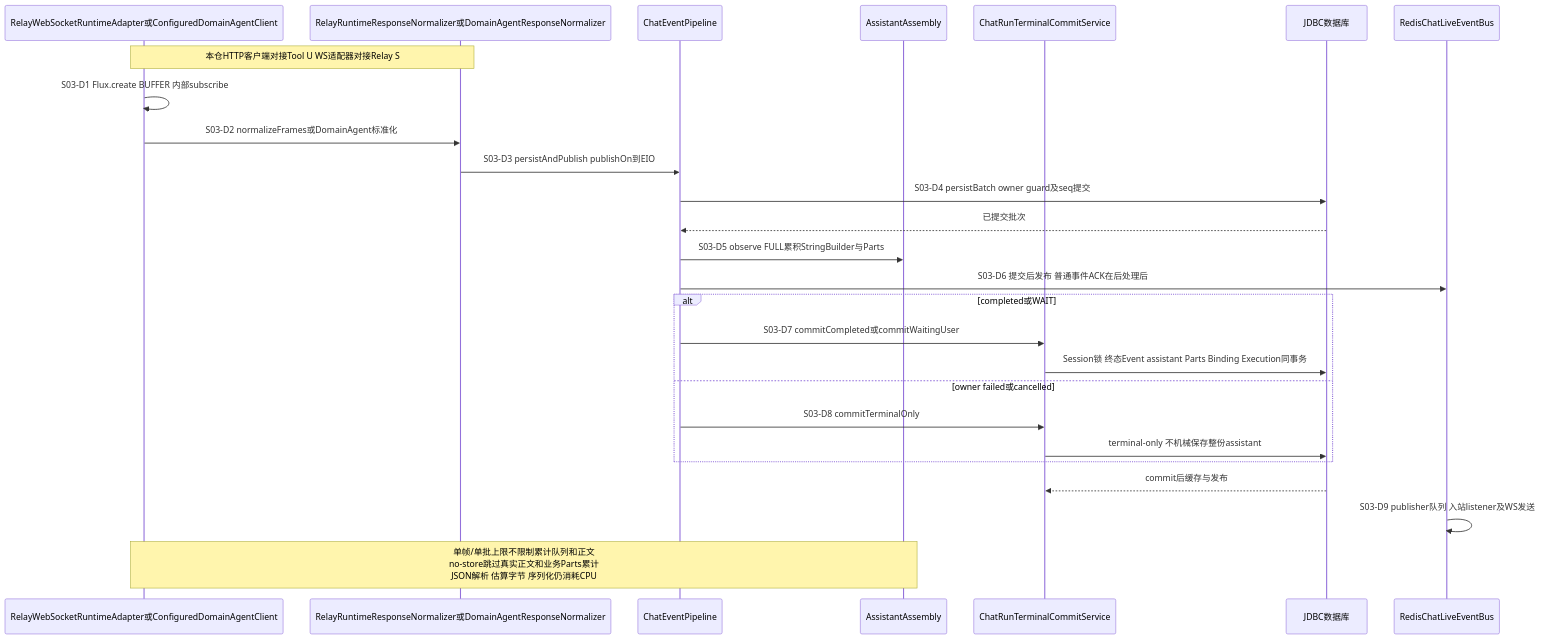
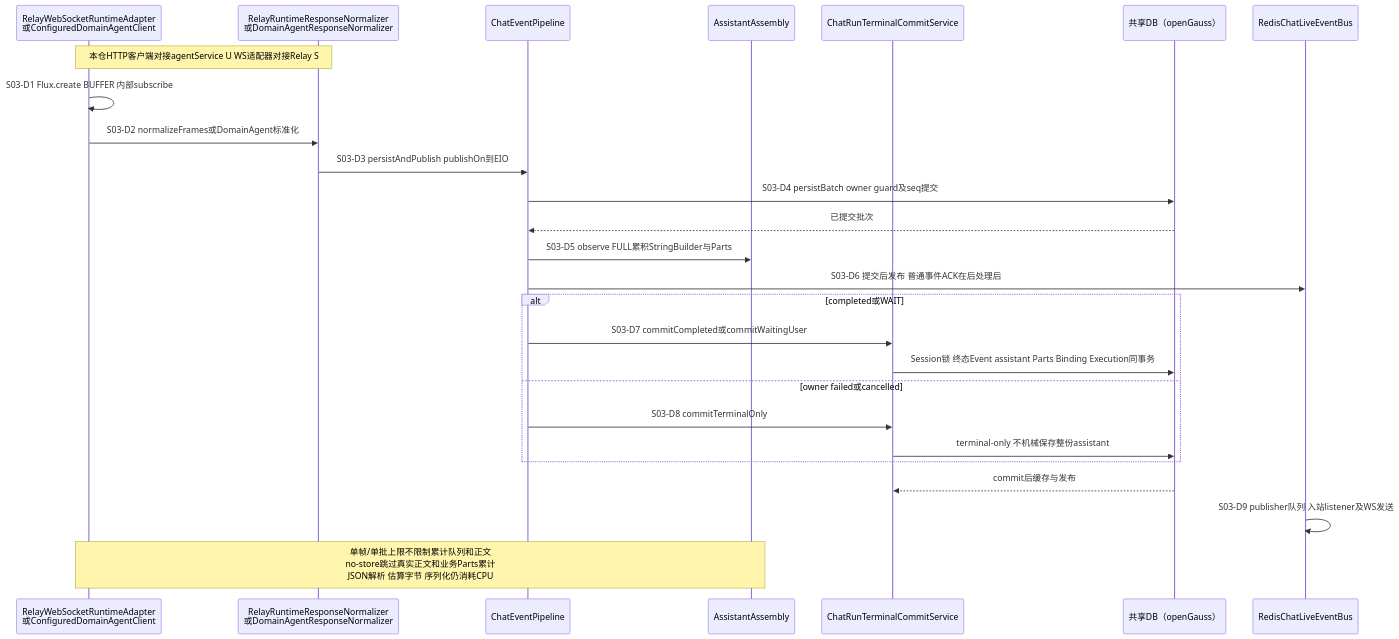
One commit to kunben-duck/exweb changed the sixth of 24 diagrams in docs/architecture/high-availability/scenarios.md. Above: the diagram before and after it, drawn with Mermaid. The commit also changed other lines of this file and 9 other files, not shown here.

Commit message:
docs: refine HA stability and agent service isolation design

````diff
--- a/docs/architecture/high-availability/scenarios.md
+++ b/docs/architecture/high-availability/scenarios.md
@@ -274,28 +366,28 @@
 ```mermaid
 sequenceDiagram
-    participant AD as RelayWebSocketRuntimeAdapter或ConfiguredDomainAgentClient
-    participant N as RelayRuntimeResponseNormalizer或DomainAgentResponseNormalizer
+    participant AD as RelayWebSocketRuntimeAdapter<br/>或ConfiguredDomainAgentClient
+    participant N as RelayRuntimeResponseNormalizer<br/>或DomainAgentResponseNormalizer
     participant P as ChatEventPipeline
     participant ASM as AssistantAssembly
     participant T as ChatRunTerminalCommitService
-    participant DB as JDBC数据库
+    participant DB as 共享DB（openGauss）
     participant B as RedisChatLiveEventBus
-    Note over AD,N: 本仓HTTP客户端对接Tool U WS适配器对接Relay S
+    Note over AD,N: 本仓HTTP客户端对接agentService U WS适配器对接Relay S
     AD->>AD: S03-D1 Flux.create BUFFER 内部subscribe
     AD->>N: S03-D2 normalizeFrames或DomainAgent标准化
     N->>P: S03-D3 persistAndPublish publishOn到EIO
     P->>DB: S03-D4 persistBatch owner guard及seq提交
     DB-->>P: 已提交批次
     P->>ASM: S03-D5 observe FULL累积StringBuilder与Parts
     P->>B: S03-D6 提交后发布 普通事件ACK在后处理后
     alt completed或WAIT
         P->>T: S03-D7 commitCompleted或commitWaitingUser
         T->>DB: Session锁 终态Event assistant Parts Binding Execution同事务
     else owner failed或cancelled
         P->>T: S03-D8 commitTerminalOnly
         T->>DB: terminal-only 不机械保存整份assistant
     end
     DB-->>T: commit后缓存与发布
     B->>B: S03-D9 publisher队列 入站listener及WS发送
     Note over AD,ASM: 单帧/单批上限不限制累计队列和正文<br/>no-store跳过真实正文和业务Parts累计<br/>JSON解析 估算字节 序列化仍消耗CPU
 ```
````
